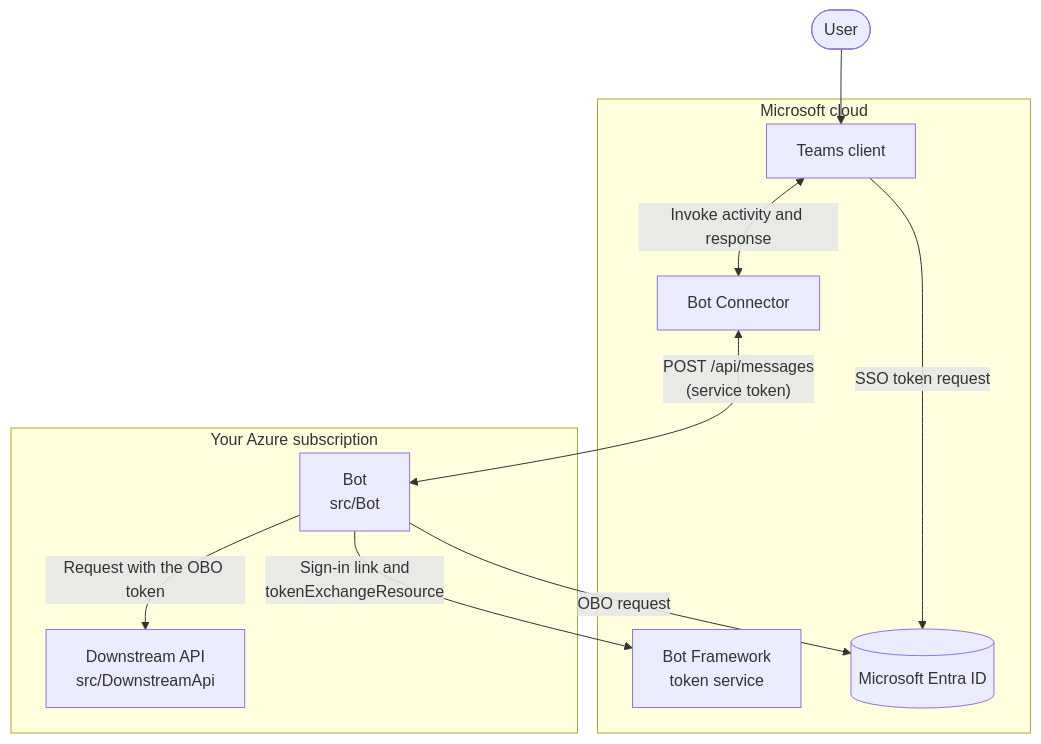
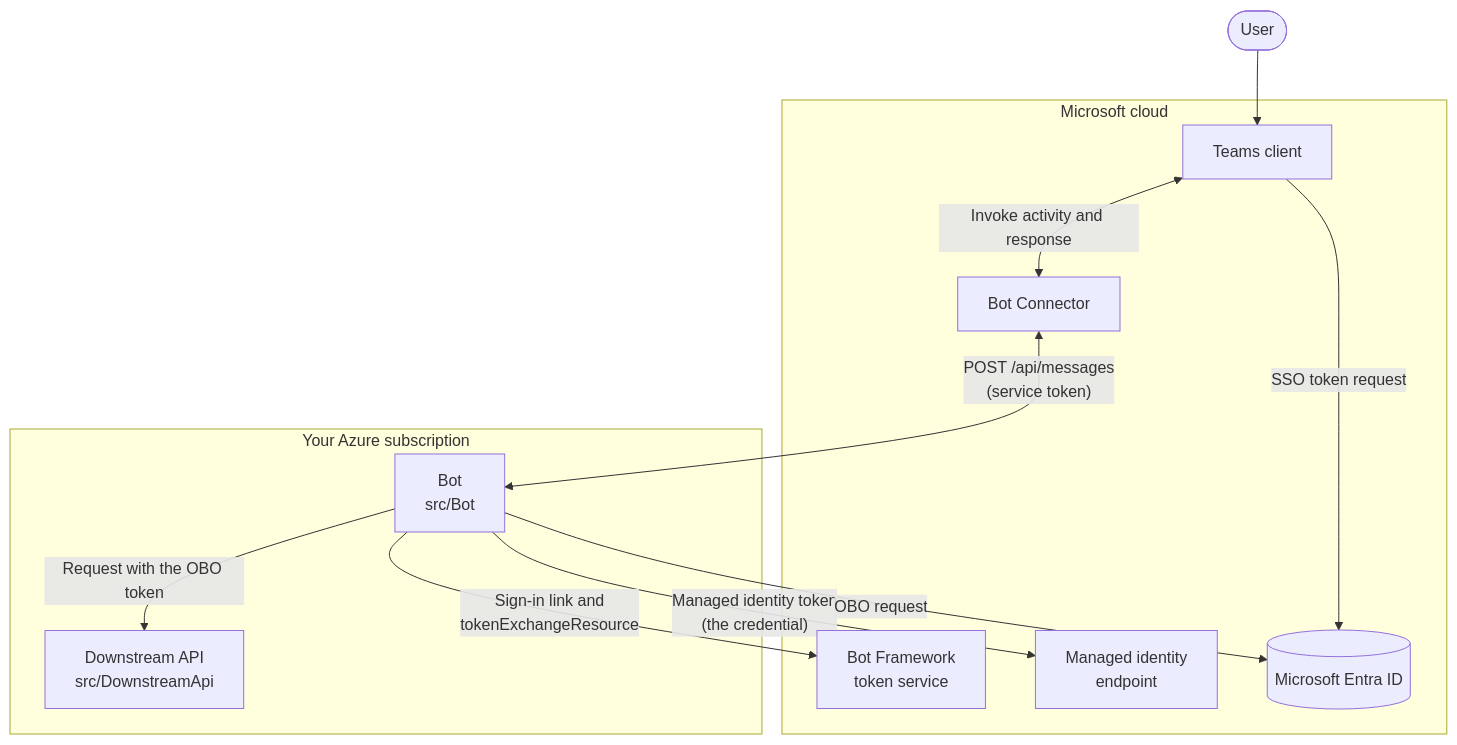
The second of 10 diagrams in docs/how-obo-works.md (georgemathieson/Bot), drawn with Mermaid before and after one commit. The commit also changed other lines of this file and 4 other files, not shown here.

First line of the commit message:
Set up and document the managed identity bot

````diff
--- a/docs/how-obo-works.md
+++ b/docs/how-obo-works.md
@@ -56,21 +61,23 @@
 ```mermaid
 flowchart TB
     U(["User"])
     subgraph MS["Microsoft cloud"]
         T["Teams client"]
         BC["Bot Connector"]
         TS["Bot Framework<br/>token service"]
+        MI["Managed identity<br/>endpoint"]
         E[("Microsoft Entra ID")]
     end
     subgraph YOU["Your Azure subscription"]
         B["Bot<br/>src/Bot"]
         A["Downstream API<br/>src/DownstreamApi"]
     end
     U --> T
     T <-- "Invoke activity and response" --> BC
     BC <-- "POST /api/messages<br/>(service token)" --> B
     B -- "Sign-in link and<br/>tokenExchangeResource" --> TS
     T -- "SSO token request" --> E
+    B -- "Managed identity token<br/>(the credential)" --> MI
     B -- "OBO request" --> E
     B -- "Request with the OBO token" --> A
 ```
````
